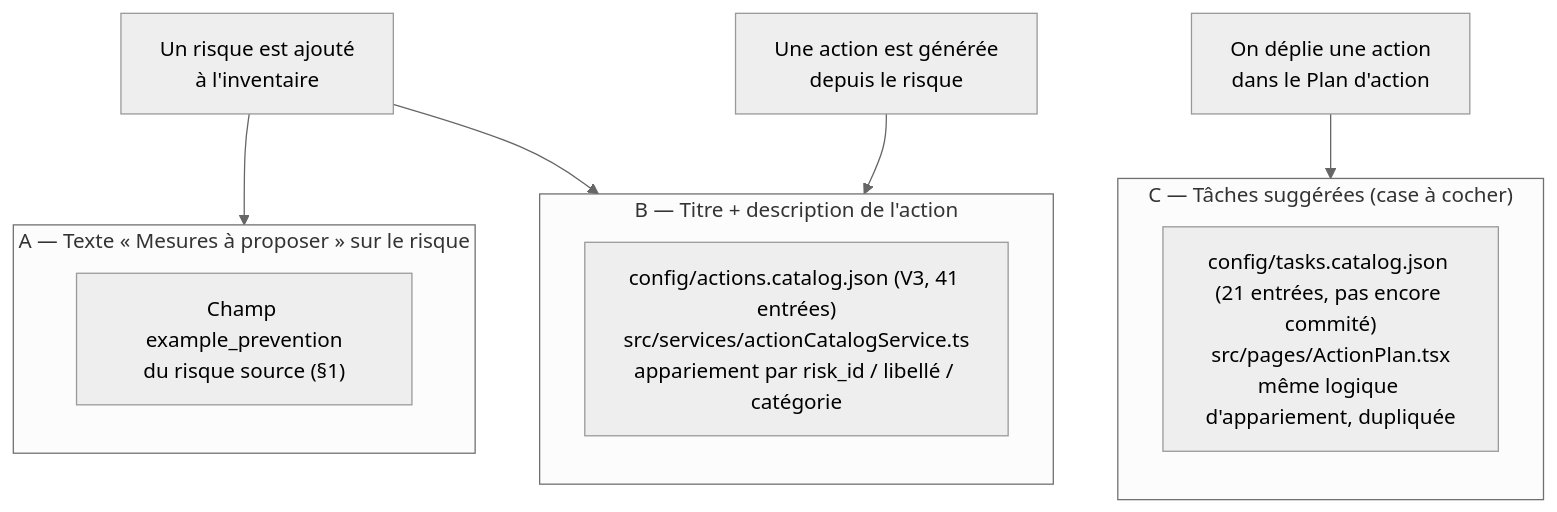
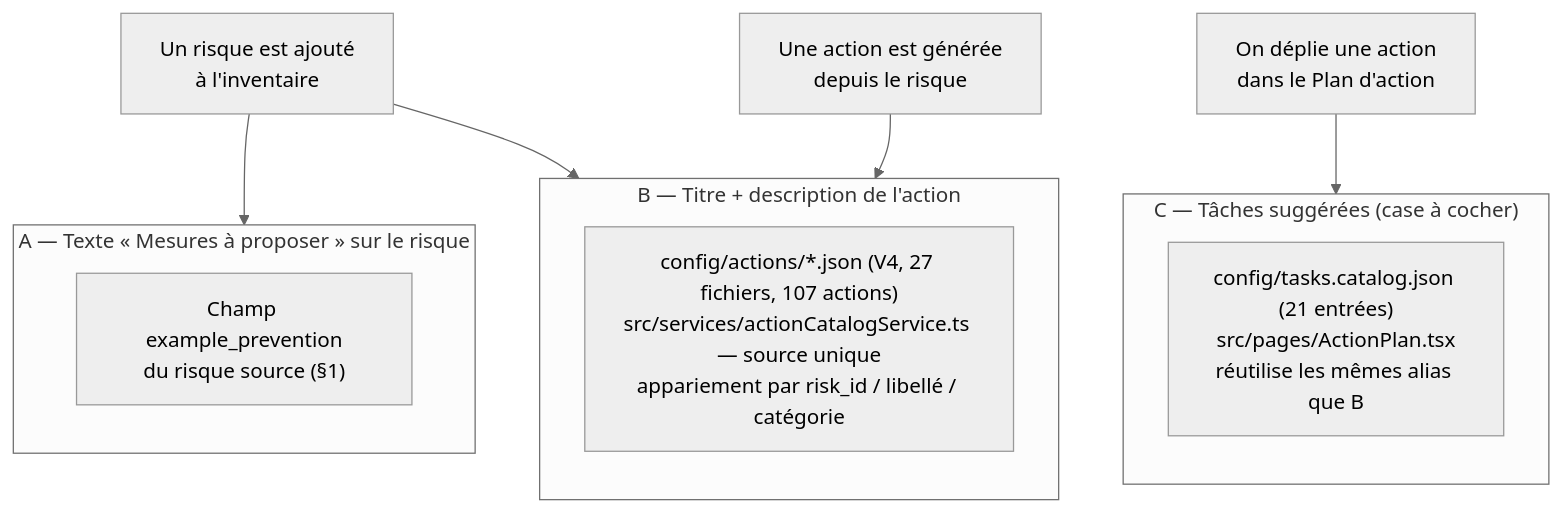
One commit to Mistergros/Kairos changed the third of 3 diagrams in REFERENTIELS.md. Above: the diagram before and after it, drawn with Mermaid (neutral theme). The commit also changed other lines of this file and 96 other files, not shown here.

````diff
--- a/REFERENTIELS.md
+++ b/REFERENTIELS.md
@@ -71,24 +71,24 @@
 ```mermaid
 flowchart TD
     R["Un risque est ajouté<br/>à l'inventaire"] --> M1
     R --> M2
 
     subgraph M1["A — Texte « Mesures à proposer » sur le risque"]
         direction TB
         M1a["Champ example_prevention<br/>du risque source (§1)"]
     end
 
     A2["Une action est générée<br/>depuis le risque"] --> M2
 
     subgraph M2["B — Titre + description de l'action"]
         direction TB
-        M2a["config/actions.catalog.json (V3, 41 entrées)<br/>src/services/actionCatalogService.ts<br/>appariement par risk_id / libellé / catégorie"]
+        M2a["config/actions/*.json (V4, 27 fichiers, 107 actions)<br/>src/services/actionCatalogService.ts — source unique<br/>appariement par risk_id / libellé / catégorie"]
     end
 
     A3["On déplie une action<br/>dans le Plan d'action"] --> M3
 
     subgraph M3["C — Tâches suggérées (case à cocher)"]
         direction TB
-        M3a["config/tasks.catalog.json (21 entrées, pas encore commité)<br/>src/pages/ActionPlan.tsx<br/>même logique d'appariement, dupliquée"]
+        M3a["config/tasks.catalog.json (21 entrées)<br/>src/pages/ActionPlan.tsx<br/>réutilise les mêmes alias que B"]
     end
 ```
````
